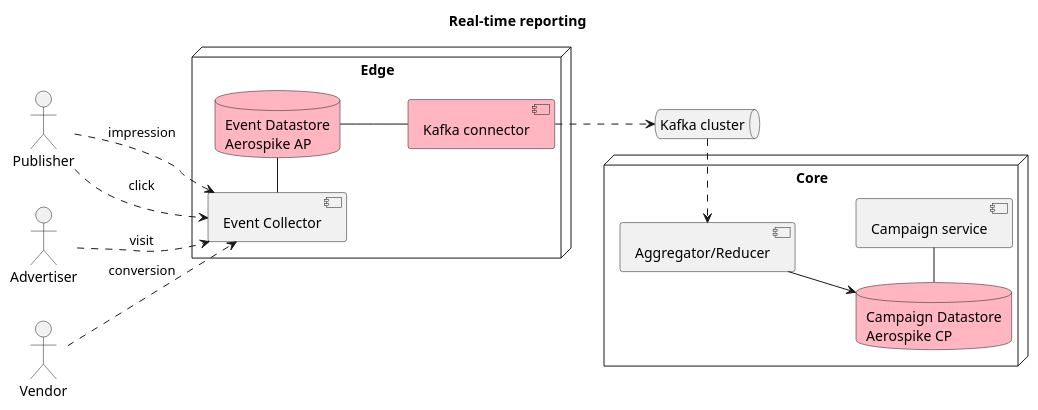
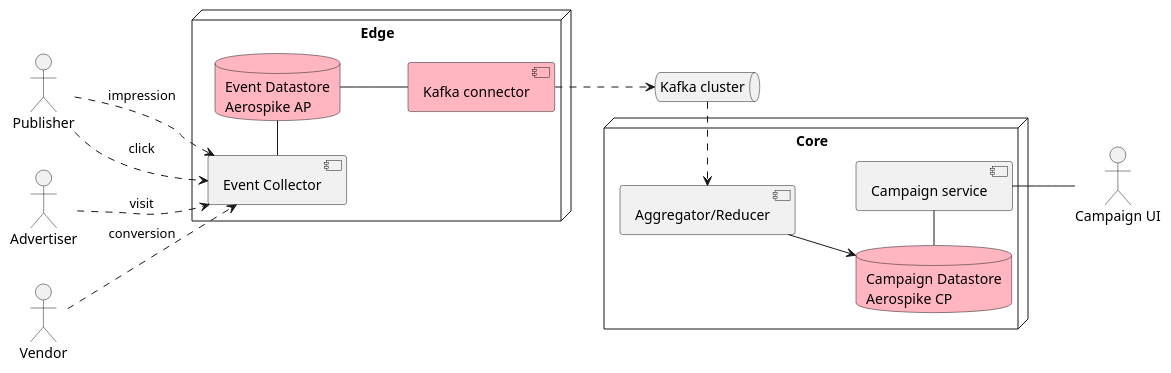
The diagram in architecture/reporting-edge-core-data.puml (helipilot50/real-time-reporting-aerospike-kafka), drawn with PlantUML before and after one commit. The commit also changed 4 other files, not shown here.

```diff
--- a/architecture/reporting-edge-core-data.puml
+++ b/architecture/reporting-edge-core-data.puml
@@ -1,29 +1,33 @@
 @startuml
 skinparam componentStyle uml2
 left to right direction
-title Real-time reporting
+
 actor Publisher
 node "Core" {
     component "Aggregator/Reducer" as ar
     component "Campaign service" as campaignService
     database "Campaign Datastore\nAerospike CP" as coreAS #LightPink
     coreAS -right- campaignService
 }
 
 queue "Kafka cluster" as Kafka
 
 node "Edge" {
     component "Event Collector" as eventEUuk
     database "Event Datastore\nAerospike AP" as edgeEUuk #LightPink
     component "Kafka connector" as edgeKafkaCon #LightPink
     eventEUuk -r- edgeEUuk
     edgeEUuk -d- edgeKafkaCon
 }
+
+actor "Campaign UI" as ui
+
 Publisher ..> eventEUuk: impression
 Publisher ..> eventEUuk: click
 Advertiser ..> eventEUuk: visit
 Vendor ..> eventEUuk: conversion
 edgeKafkaCon .d.> Kafka
 Kafka .r.> ar 
 ar -d-> coreAS
+campaignService -- ui
 @enduml
```
